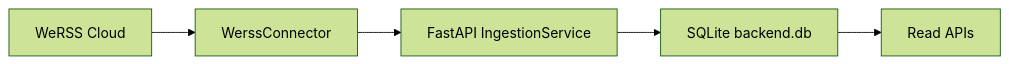
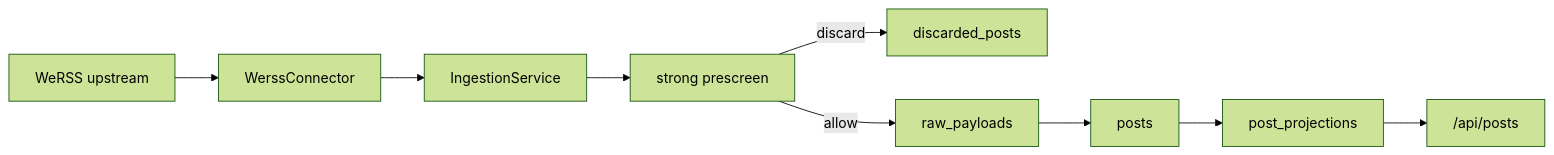
The first of 2 diagrams in docs/backend-rebuild/current-state.md (porridgeowefish/lizhi), drawn with Mermaid (forest theme) before and after one commit. The commit also changed other lines of this file and 17 other files, not shown here.

````diff
--- a/docs/backend-rebuild/current-state.md
+++ b/docs/backend-rebuild/current-state.md
@@ -15,7 +11,11 @@
 ```mermaid
 flowchart LR
-    A["WeRSS Cloud"] --> B["WerssConnector"]
-    B --> C["FastAPI IngestionService"]
-    C --> D["SQLite backend.db"]
-    D --> E["Read APIs"]
+    A["WeRSS upstream"] --> B["WerssConnector"]
+    B --> C["IngestionService"]
+    C --> D["strong prescreen"]
+    D -->|discard| E["discarded_posts"]
+    D -->|allow| F["raw_payloads"]
+    F --> G["posts"]
+    G --> H["post_projections"]
+    H --> I["/api/posts"]
 ```
````
